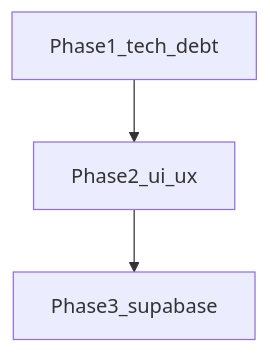
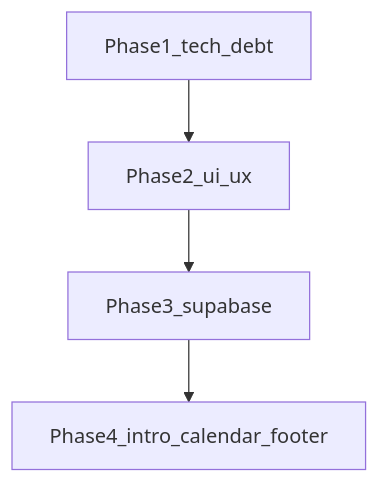
The diagram in ROADMAP.md (snuu09/myScrap), drawn with Mermaid before and after one commit. The commit also changed other lines of this file and 4 other files, not shown here.

````diff
--- a/ROADMAP.md
+++ b/ROADMAP.md
@@ -9,7 +13,8 @@
 ```mermaid
 flowchart TB
   p1[Phase1_tech_debt]
   p2[Phase2_ui_ux]
   p3[Phase3_supabase]
-  p1 --> p2 --> p3
+  p4[Phase4_intro_calendar_footer]
+  p1 --> p2 --> p3 --> p4
 ```
````
